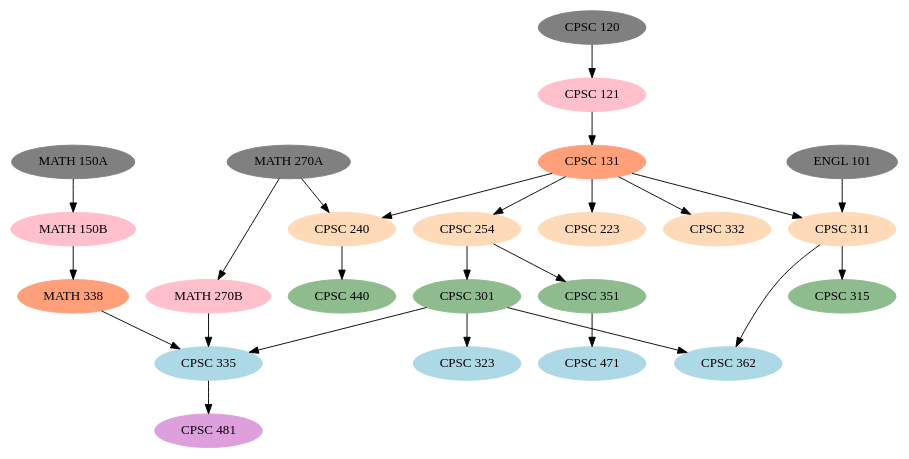
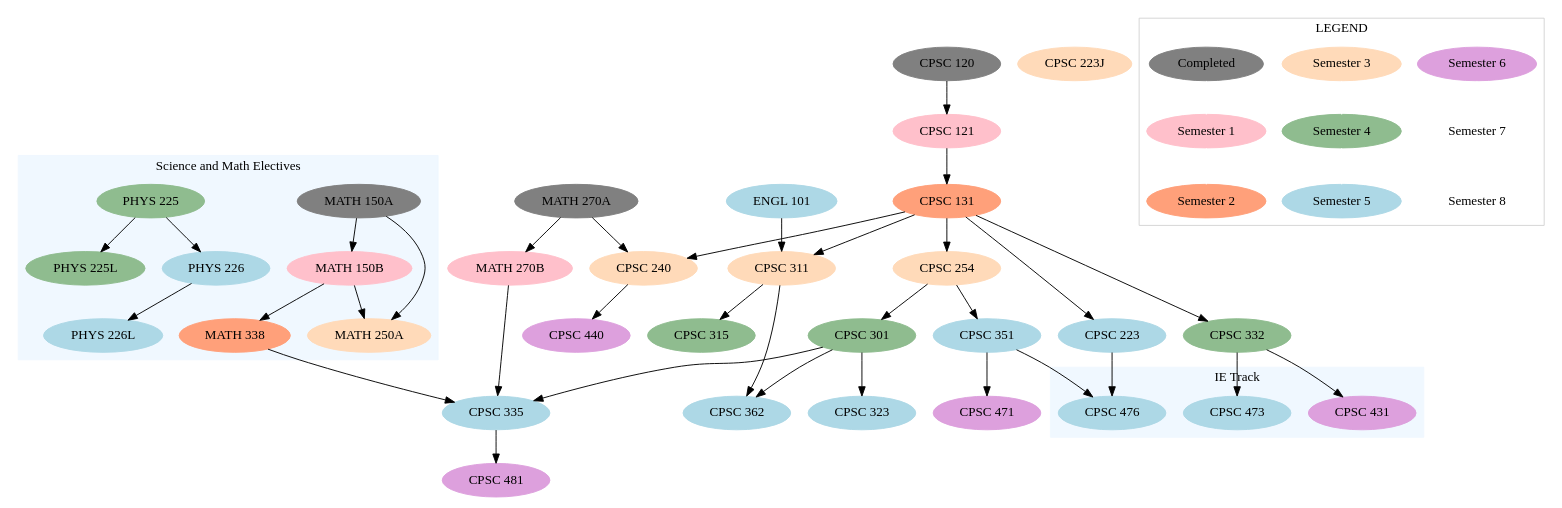
The diagram in finalcgv.gv (danaoira/Curriculum-Graph-Visualizer), drawn with Graphviz before and after one commit. The commit also changed 4 other files, not shown here.

```diff
--- a/finalcgv.gv
+++ b/finalcgv.gv
@@ -1,57 +1,109 @@
 digraph finalcgv {
 	node [color=grey style=filled]
 	"MATH 150A"
 	"MATH 270A"
 	"CPSC 120"
-	"ENGL 101"
 	node [color=pink style=filled]
 	"MATH 150B"
 	"MATH 270B"
 	"CPSC 121"
 	node [color=lightsalmon style=filled]
 	"CPSC 131"
 	"MATH 338"
 	node [color=peachpuff style=filled]
+	"MATH 250A"
 	"CPSC 240"
 	"CPSC 254"
-	"CPSC 223"
-	"CPSC 332"
+	"CPSC 223J"
 	"CPSC 311"
 	node [color=darkseagreen style=filled]
-	"CPSC 440"
+	"PHYS 225"
+	"PHYS 225L"
 	"CPSC 301"
-	"CPSC 351"
+	"CPSC 332"
 	"CPSC 315"
 	node [color=lightblue style=filled]
+	"PHYS 226"
+	"PHYS 226L"
 	"CPSC 335"
+	"CPSC 351"
 	"CPSC 323"
-	"CPSC 471"
 	"CPSC 362"
 	node [color=plum style=filled]
 	"CPSC 481"
+	"CPSC 471"
+	"CPSC 440"
+	"CPSC 431"
 	node [color=lightblue style=filled]
+	"CPSC 473"
+	"CPSC 476"
 		"CPSC 120" -> "CPSC 121"
 		"CPSC 121" -> "CPSC 131"
 		"CPSC 131" -> "CPSC 223"
 		"CPSC 131" -> "CPSC 240"
 		"CPSC 131" -> "CPSC 254"
 		"CPSC 131" -> "CPSC 311"
 		"CPSC 131" -> "CPSC 332"
 		"CPSC 240" -> "CPSC 440"
 		"CPSC 254" -> "CPSC 301"
 		"CPSC 254" -> "CPSC 351"
 		"CPSC 301" -> "CPSC 323"
 		"CPSC 301" -> "CPSC 335"
 		"CPSC 301" -> "CPSC 362"
 		"CPSC 311" -> "CPSC 315"
 		"CPSC 311" -> "CPSC 362"
 		"CPSC 335" -> "CPSC 481"
 		"CPSC 351" -> "CPSC 471"
 		"ENGL 101" -> "CPSC 311"
 		"MATH 150A" -> "MATH 150B"
 		"MATH 150B" -> "MATH 338"
 		"MATH 270A" -> "CPSC 240"
 		"MATH 270A" -> "MATH 270B"
 		"MATH 270B" -> "CPSC 335"
 		"MATH 338" -> "CPSC 335"
+		"CPSC 332" -> "CPSC 431"
+		"CPSC 332" -> "CPSC 473"
+		"CPSC 223" -> "CPSC 476"
+		"CPSC 351" -> "CPSC 476"
+	subgraph cluster_1 {
+	color=aliceblue
+	style=filled
+			"MATH 150A" -> "MATH 250A"
+			"MATH 150B" -> "MATH 250A"
+			"PHYS 225" -> "PHYS 225L"
+			"PHYS 225" -> "PHYS 226"
+			"PHYS 226" -> "PHYS 226L"
+		"MATH 250A"
+		"MATH 338"
+	label = "Science and Math Electives"
+	}
+	subgraph cluster_2 {
+	color=aliceblue
+	style=filled
+		"CPSC 431"
+		"CPSC 473"
+		"CPSC 476"
+	label = "IE Track"
+	}
+	subgraph cluster_0 {
+		node [color=white style=filled]
+		edge [color=white]
+		color=lightgrey
+			"Semester 6" [color=plum]
+			"Semester 7"
+			"Semester 3" [color=peachpuff]
+			"Semester 4" [color=darkseagreen]
+			"Semester 5" [color=lightblue]
+			Completed [color=grey]
+			"Semester 1" [color=pink]
+			"Semester 2" [color=lightsalmon]
+			"Semester 8"
+				"Semester 6" -> "Semester 7"
+				"Semester 7" -> "Semester 8"
+				"Semester 3" -> "Semester 4"
+				"Semester 4" -> "Semester 5"
+				Completed -> "Semester 1"
+				"Semester 1" -> "Semester 2"
+		label = "LEGEND"
+	}
 }
```
